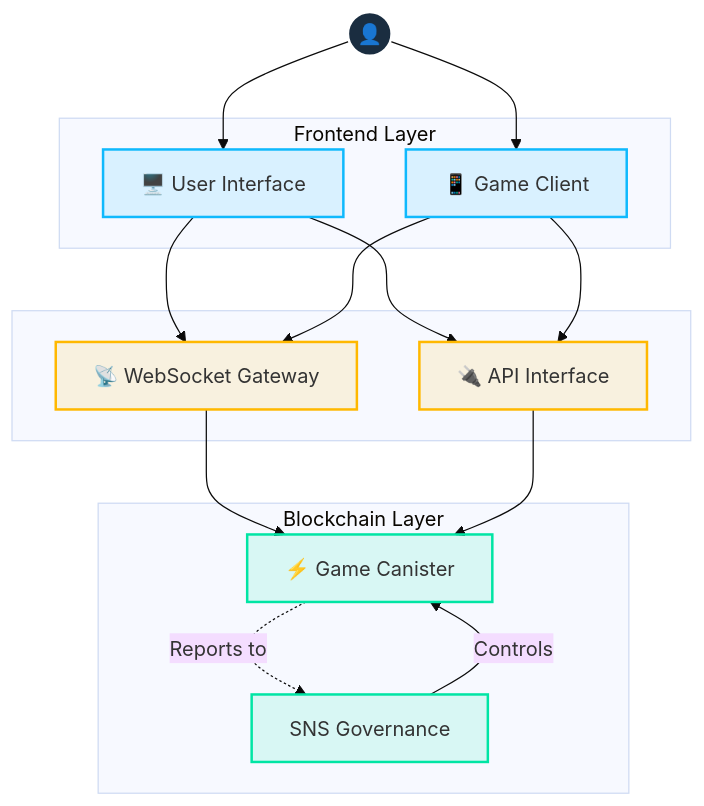
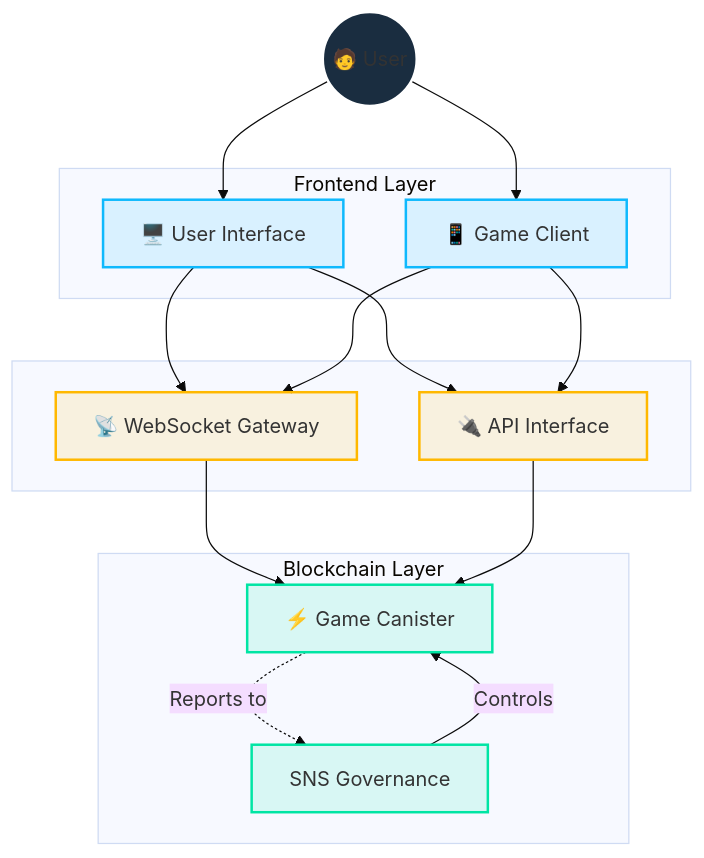
One commit to cosmicrafts/cosmicrafts-dao changed the diagram in src/frontend/src/assets/markdown/en/architecture.md. Above: the diagram before and after it, drawn with Mermaid (base theme). The commit also changed other lines of this file and 4 other files, not shown here.

````diff
--- a/src/frontend/src/assets/markdown/en/architecture.md
+++ b/src/frontend/src/assets/markdown/en/architecture.md
@@ -32,47 +44,47 @@
 ```mermaid
 graph TD
     %% Core User Layer
-    User(("👤"))
+    User(("🧑 User"))
     
     %% Frontend Layer
     subgraph "Frontend Layer"
         UI["🖥️ User Interface"]
         Client["📱 Game Client"]
     end
     
     %% Communication Layer
     subgraph " "
         WS["📡 WebSocket Gateway"]
         API["🔌 API Interface"]
     end
     
     %% Blockchain Layer
     subgraph "Blockchain Layer"
         Canister["⚡ Game Canister"]
         DAO["SNS Governance"]
     end
     
     %% Connections
     User --> UI
     User --> Client
     UI --> WS
     UI --> API
     Client --> WS
     Client --> API
     WS --> Canister
     API --> Canister
     Canister -.->|"Reports to"| DAO
     DAO -->|"Controls"| Canister
     
     %% Styles
     classDef user fill:#1a2d40,stroke:#fff,stroke-width:2px
     classDef frontend fill:#0FB9FD20,stroke:#0FB9FD,stroke-width:2px
     classDef comms fill:#FFB80020,stroke:#FFB800,stroke-width:2px
     classDef blockchain fill:#00E5A420,stroke:#00E5A4,stroke-width:2px
     
     %% Apply styles
     class User user
     class UI,Client frontend
     class WS,API comms
     class Canister,DAO blockchain
 ```
````
